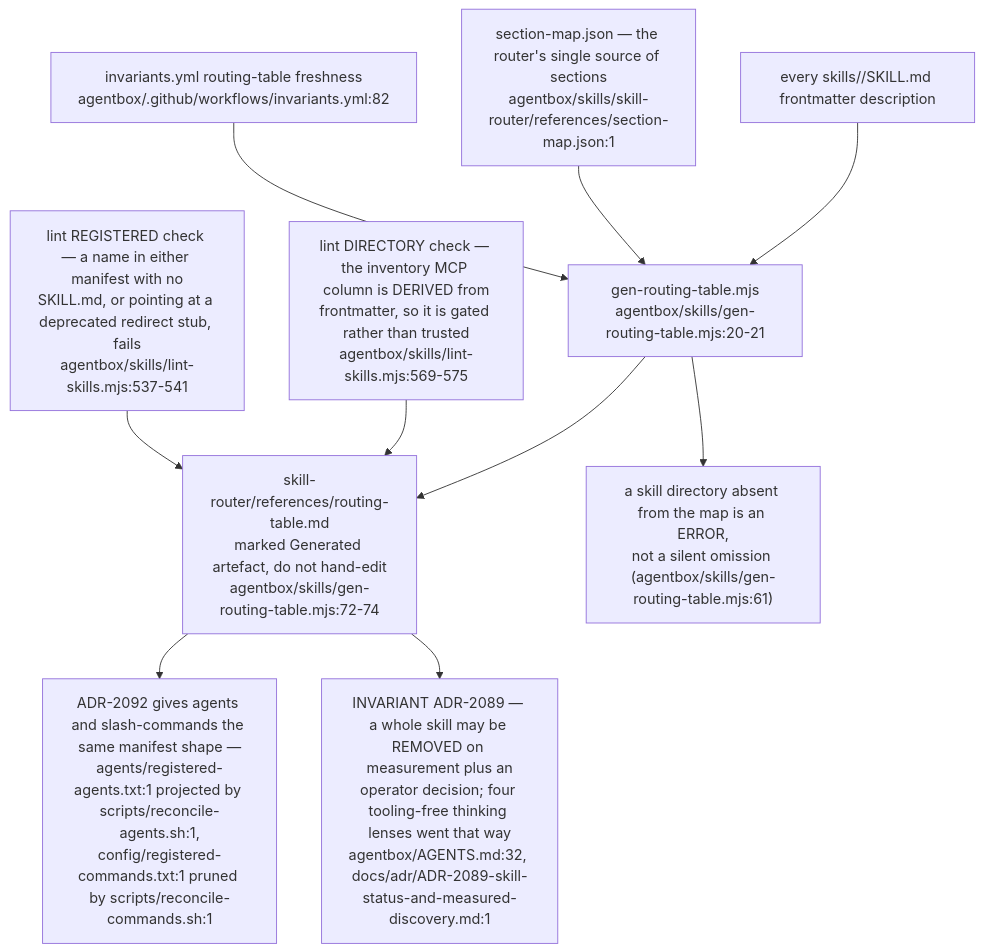
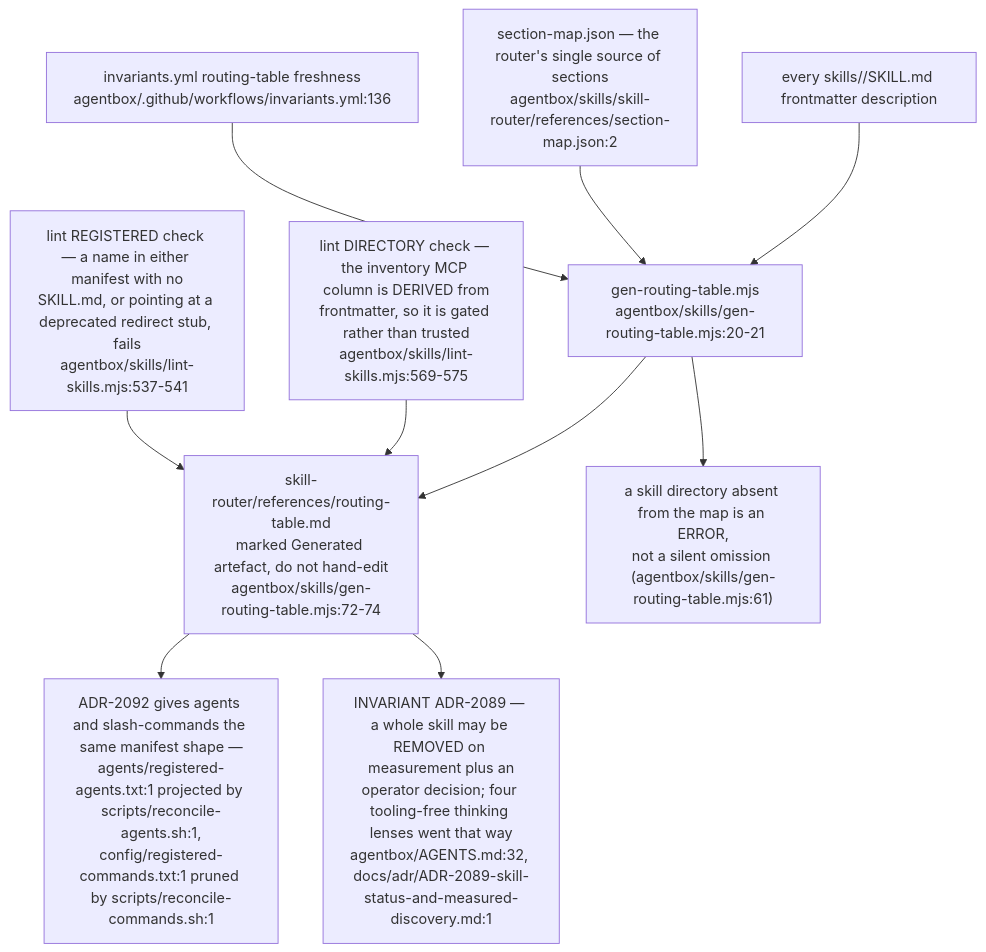
Before and after one commit to DreamLab-AI/VisionFlow: diagram 12 of 12 in docs/diagrams/agentbox/22-skills-and-routing.md, drawn with Mermaid. The commit also changed other lines of this file and 111 other files, not shown here.

Commit message:
docs(diagrams): align estate maps with current source

````diff
--- a/docs/diagrams/agentbox/22-skills-and-routing.md
+++ b/docs/diagrams/agentbox/22-skills-and-routing.md
@@ -506,12 +506,12 @@
 ```mermaid
 flowchart TB
     FM["every skills/<name>/SKILL.md frontmatter description"] --> GEN["gen-routing-table.mjs<br/>agentbox/skills/gen-routing-table.mjs:20-21"]
-    MAP["section-map.json — the router's single source of sections<br/>agentbox/skills/skill-router/references/section-map.json:1"] --> GEN
+    MAP["section-map.json — the router's single source of sections<br/>agentbox/skills/skill-router/references/section-map.json:2"] --> GEN
     GEN --> OUT["skill-router/references/routing-table.md<br/>marked Generated artefact, do not hand-edit<br/>agentbox/skills/gen-routing-table.mjs:72-74"]
     GEN --> MISS["a skill directory absent from the map is an ERROR,<br/>not a silent omission (agentbox/skills/gen-routing-table.mjs:61)"]
-    CI["invariants.yml routing-table freshness<br/>agentbox/.github/workflows/invariants.yml:82"] --> GEN
+    CI["invariants.yml routing-table freshness<br/>agentbox/.github/workflows/invariants.yml:136"] --> GEN
     DIRC["lint DIRECTORY check — the inventory MCP column is DERIVED from<br/>frontmatter, so it is gated rather than trusted<br/>agentbox/skills/lint-skills.mjs:569-575"] --> OUT
     REGC["lint REGISTERED check — a name in either manifest with no<br/>SKILL.md, or pointing at a deprecated redirect stub, fails<br/>agentbox/skills/lint-skills.mjs:537-541"] --> OUT
     OUT --> AG["ADR-2092 gives agents and slash-commands the same manifest shape —<br/>agents/registered-agents.txt:1 projected by scripts/reconcile-agents.sh:1,<br/>config/registered-commands.txt:1 pruned by scripts/reconcile-commands.sh:1"]
     OUT --> RM["INVARIANT ADR-2089 — a whole skill may be REMOVED on measurement plus an<br/>operator decision; four tooling-free thinking lenses went that way<br/>agentbox/AGENTS.md:32, docs/adr/ADR-2089-skill-status-and-measured-discovery.md:1"]
 ```
````
